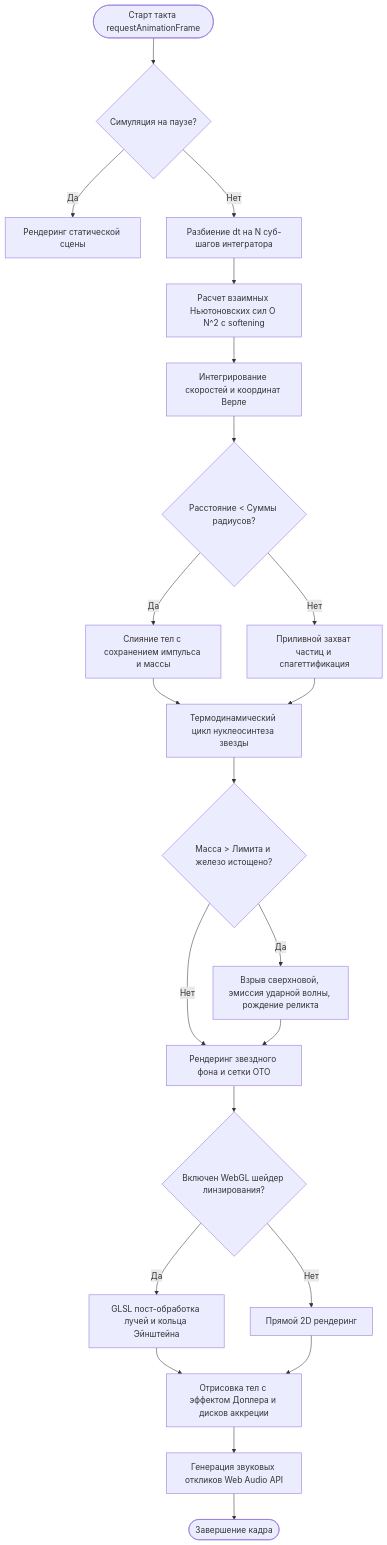
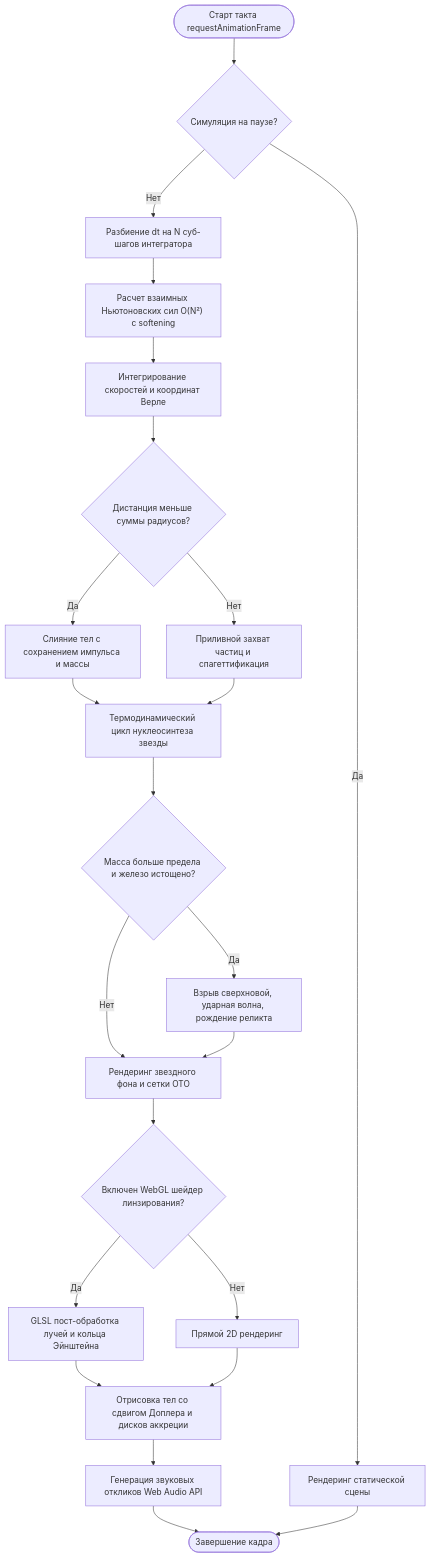
One commit to bobPingvin/stellargenesis changed the fifth of 11 diagrams in diagrams-overview.md. Above: the diagram before and after it, drawn with Mermaid. The commit also changed other lines of this file, not shown here.

````diff
--- a/diagrams-overview.md
+++ b/diagrams-overview.md
@@ -245,28 +249,29 @@
 ```mermaid
 flowchart TD
-    Start([Старт такта requestAnimationFrame]) --> CheckPause{Симуляция на паузе?}
-    CheckPause -- Да --> RenderScene[Рендеринг статической сцены]
-    CheckPause -- Нет --> SubSteps[Разбиение dt на N суб-шагов интегратора]
+    Start(["Старт такта requestAnimationFrame"]) --> CheckPause{"Симуляция на паузе?"}
+    CheckPause -->|"Да"| RenderScene["Рендеринг статической сцены"]
+    CheckPause -->|"Нет"| SubSteps["Разбиение dt на N суб-шагов интегратора"]
     
-    SubSteps --> CalcGravity[Расчет взаимных Ньютоновских сил O N^2 с softening]
-    CalcGravity --> Integrator[Интегрирование скоростей и координат Верле]
-    Integrator --> CheckCollision{Расстояние < Суммы радиусов?}
+    SubSteps --> CalcGravity["Расчет взаимных Ньютоновских сил O(N²) с softening"]
+    CalcGravity --> Integrator["Интегрирование скоростей и координат Верле"]
+    Integrator --> CheckCollision{"Дистанция меньше суммы радиусов?"}
     
-    CheckCollision -- Да --> ResolveMerge[Слияние тел с сохранением импульса и массы]
-    CheckCollision -- Нет --> Accretion[Приливной захват частиц и спагеттификация]
+    CheckCollision -->|"Да"| ResolveMerge["Слияние тел с сохранением импульса и массы"]
+    CheckCollision -->|"Нет"| Accretion["Приливной захват частиц и спагеттификация"]
     ResolveMerge --> StellarLife
-    Accretion --> StellarLife[Термодинамический цикл нуклеосинтеза звезды]
+    Accretion --> StellarLife["Термодинамический цикл нуклеосинтеза звезды"]
     
-    StellarLife --> CheckSupernova{Масса > Лимита и железо истощено?}
-    CheckSupernova -- Да --> DetonateSN[Взрыв сверхновой, эмиссия ударной волны, рождение реликта]
-    CheckSupernova -- Нет --> BackgroundRender
-    DetonateSN --> BackgroundRender[Рендеринг звездного фона и сетки ОТО]
+    StellarLife --> CheckSupernova{"Масса больше предела и железо истощено?"}
+    CheckSupernova -->|"Да"| DetonateSN["Взрыв сверхновой, ударная волна, рождение реликта"]
+    CheckSupernova -->|"Нет"| BackgroundRender
+    DetonateSN --> BackgroundRender["Рендеринг звездного фона и сетки ОТО"]
     
-    BackgroundRender --> ShaderPass{Включен WebGL шейдер линзирования?}
-    ShaderPass -- Да --> ApplyGLSL[GLSL пост-обработка лучей и кольца Эйнштейна]
-    ShaderPass -- Нет --> DirectCanvas[Прямой 2D рендеринг]
-    ApplyGLSL --> BodiesRender[Отрисовка тел с эффектом Доплера и дисков аккреции]
+    BackgroundRender --> ShaderPass{"Включен WebGL шейдер линзирования?"}
+    ShaderPass -->|"Да"| ApplyGLSL["GLSL пост-обработка лучей и кольца Эйнштейна"]
+    ShaderPass -->|"Нет"| DirectCanvas["Прямой 2D рендеринг"]
+    ApplyGLSL --> BodiesRender["Отрисовка тел со сдвигом Доплера и дисков аккреции"]
     DirectCanvas --> BodiesRender
-    BodiesRender --> AudioTrigger[Генерация звуковых откликов Web Audio API]
-    AudioTrigger --> End([Завершение кадра])
+    BodiesRender --> AudioTrigger["Генерация звуковых откликов Web Audio API"]
+    AudioTrigger --> EndNode(["Завершение кадра"])
+    RenderScene --> EndNode
 ```
````
